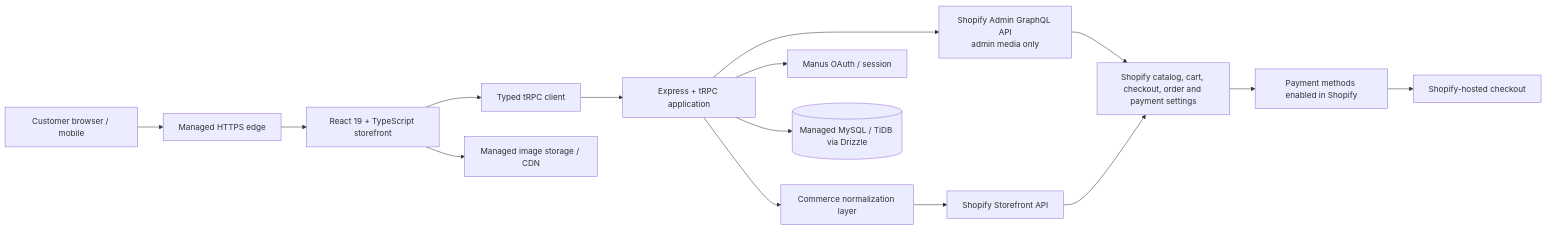
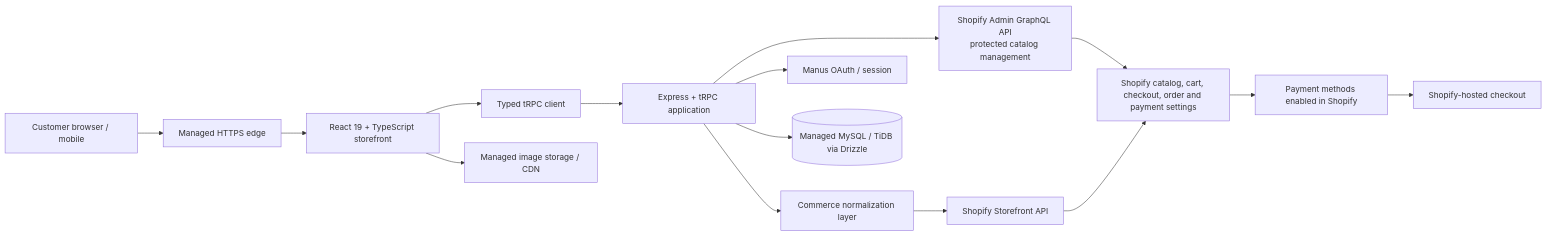
The diagram in ARCHITECTURE.md (Korirtech/Indulge-Store), drawn with Mermaid before and after one commit. The commit also changed other lines of this file and 14 other files, not shown here.

Commit message:
Add Shopify catalog management dashboard

````diff
--- a/ARCHITECTURE.md
+++ b/ARCHITECTURE.md
@@ -9,17 +9,17 @@
 ```mermaid
 flowchart LR
   C[Customer browser / mobile] --> CDN[Managed HTTPS edge]
   CDN --> UI[React 19 + TypeScript storefront]
   UI --> RPC[Typed tRPC client]
   RPC --> APP[Express + tRPC application]
   APP --> NORM[Commerce normalization layer]
   NORM --> SF[Shopify Storefront API]
-  APP --> ADM[Shopify Admin GraphQL API<br/>admin media only]
+  APP --> ADM[Shopify Admin GraphQL API<br/>protected catalog management]
   ADM --> SHOP
   SF --> SHOP[Shopify catalog, cart, checkout, order and payment settings]
   APP --> AUTH[Manus OAuth / session]
   APP --> DB[(Managed MySQL / TiDB via Drizzle)]
   UI --> ASSET[Managed image storage / CDN]
   SHOP --> PSP[Payment methods enabled in Shopify]
   PSP --> CUSTOMER[Shopify-hosted checkout]
 ```
````
